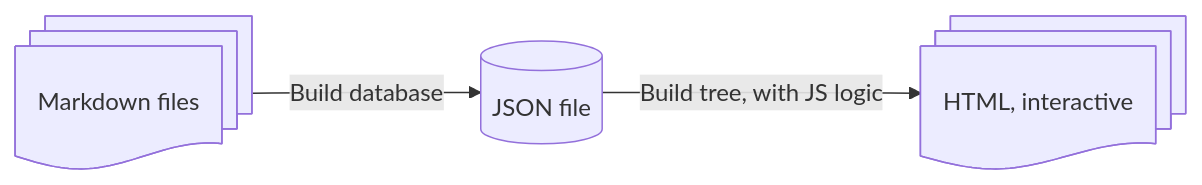
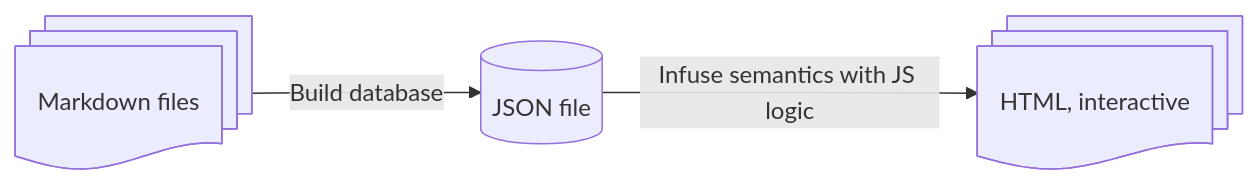
The diagram in README.md (AninditaBasu/roots-and-branches), drawn with Mermaid before and after one commit.

````diff
--- a/README.md
+++ b/README.md
@@ -57,5 +57,5 @@
 ```mermaid
 flowchart LR
     A@{ shape: docs, label: "Markdown files"} --> |Build database| B@{ shape: db, label: "JSON file"}
-    B --> |Build tree, with JS logic|C@{ shape: docs, label: "HTML, interactive"}
+    B --> |Infuse semantics with JS logic|C@{ shape: docs, label: "HTML, interactive"}
 ```
````
